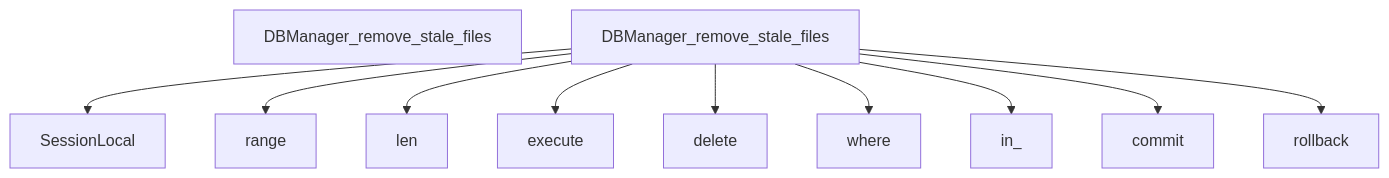
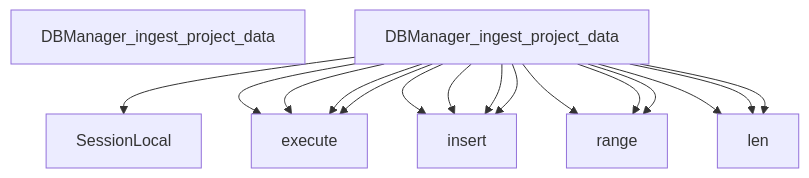
One commit to hazalkoom/DECODEx01 changed diagram 12 of 27 in docs/DATA_FLOW.md. Above: the diagram before and after it, drawn with Mermaid. The commit also changed other lines of this file and 8 other files, not shown here.

````diff
--- a/docs/DATA_FLOW.md
+++ b/docs/DATA_FLOW.md
@@ -485,41 +467,65 @@
 ```mermaid
 graph TD
-    Start[DBManager_remove_stale_files]
+    Start[DBManager_ingest_project_data]
 
 
-    DBManager_remove_stale_files --> SessionLocal
+    DBManager_ingest_project_data --> SessionLocal
 
 
 
-    DBManager_remove_stale_files --> range
+    DBManager_ingest_project_data --> execute
 
 
 
-    DBManager_remove_stale_files --> len
+    DBManager_ingest_project_data --> insert
 
 
 
-    DBManager_remove_stale_files --> execute
+    DBManager_ingest_project_data --> range
 
 
 
-    DBManager_remove_stale_files --> delete
+    DBManager_ingest_project_data --> len
 
 
 
-    DBManager_remove_stale_files --> where
+    DBManager_ingest_project_data --> execute
 
 
 
-    DBManager_remove_stale_files --> in_
+    DBManager_ingest_project_data --> insert
 
 
 
-    DBManager_remove_stale_files --> commit
+    DBManager_ingest_project_data --> range
 
 
 
-    DBManager_remove_stale_files --> rollback
+    DBManager_ingest_project_data --> len
+
+
+
+    DBManager_ingest_project_data --> execute
+
+
+
+    DBManager_ingest_project_data --> insert
+
+
+
+    DBManager_ingest_project_data --> range
+
+
+
+    DBManager_ingest_project_data --> len
+
+
+
+    DBManager_ingest_project_data --> execute
+
+
+
+    DBManager_ingest_project_data --> insert
 
 
 ```
````
